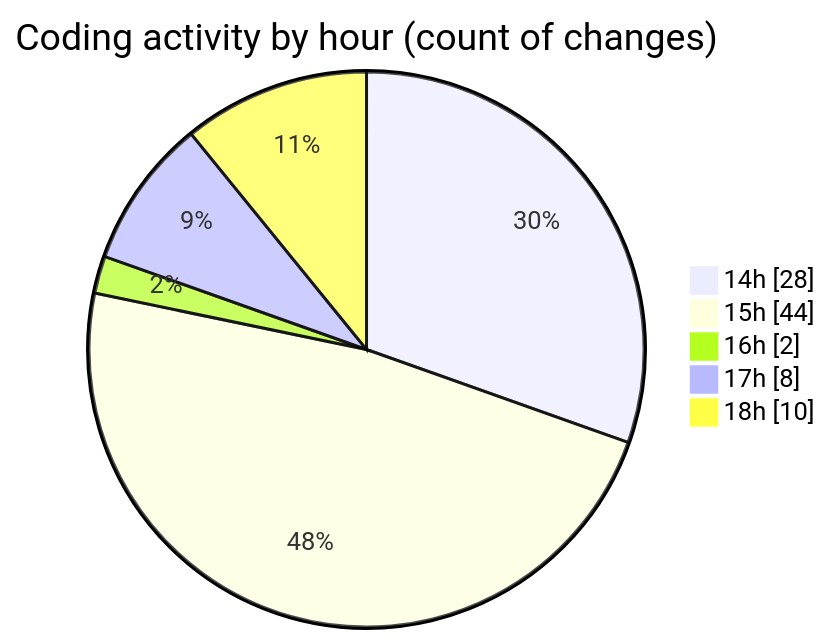
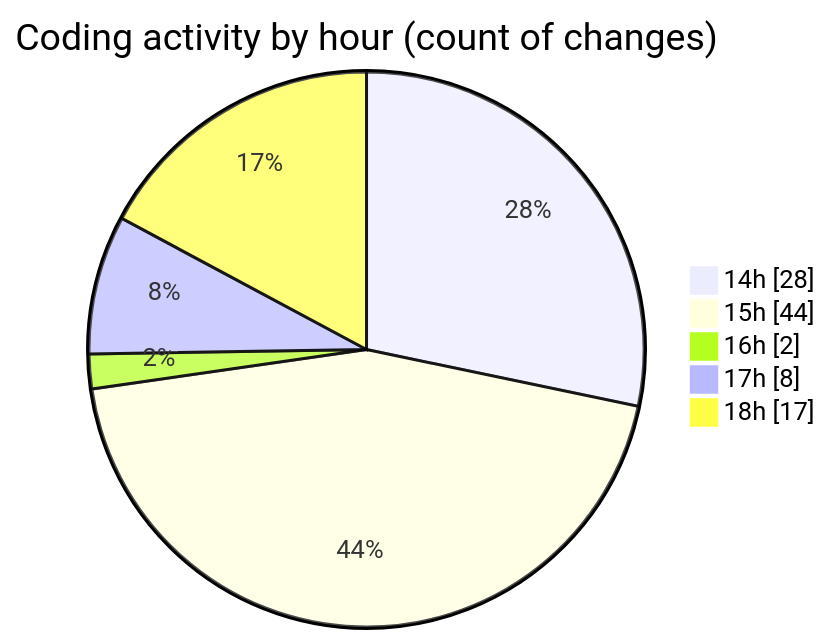
Before and after one commit to Ritupan-Deka/code-tracking: the second of 2 diagrams in 2025-07-01/urlwebwalatask/README.md, drawn with Mermaid. The commit also changed other lines of this file and 1 other file, not shown here.

````diff
--- a/2025-07-01/urlwebwalatask/README.md
+++ b/2025-07-01/urlwebwalatask/README.md
@@ -43,9 +43,9 @@
 ```mermaid
 pie showData
 title Coding activity by hour (count of changes)
 "14h" : 28
 "15h" : 44
 "16h" : 2
 "17h" : 8
-"18h" : 10
+"18h" : 17
 ```
````
